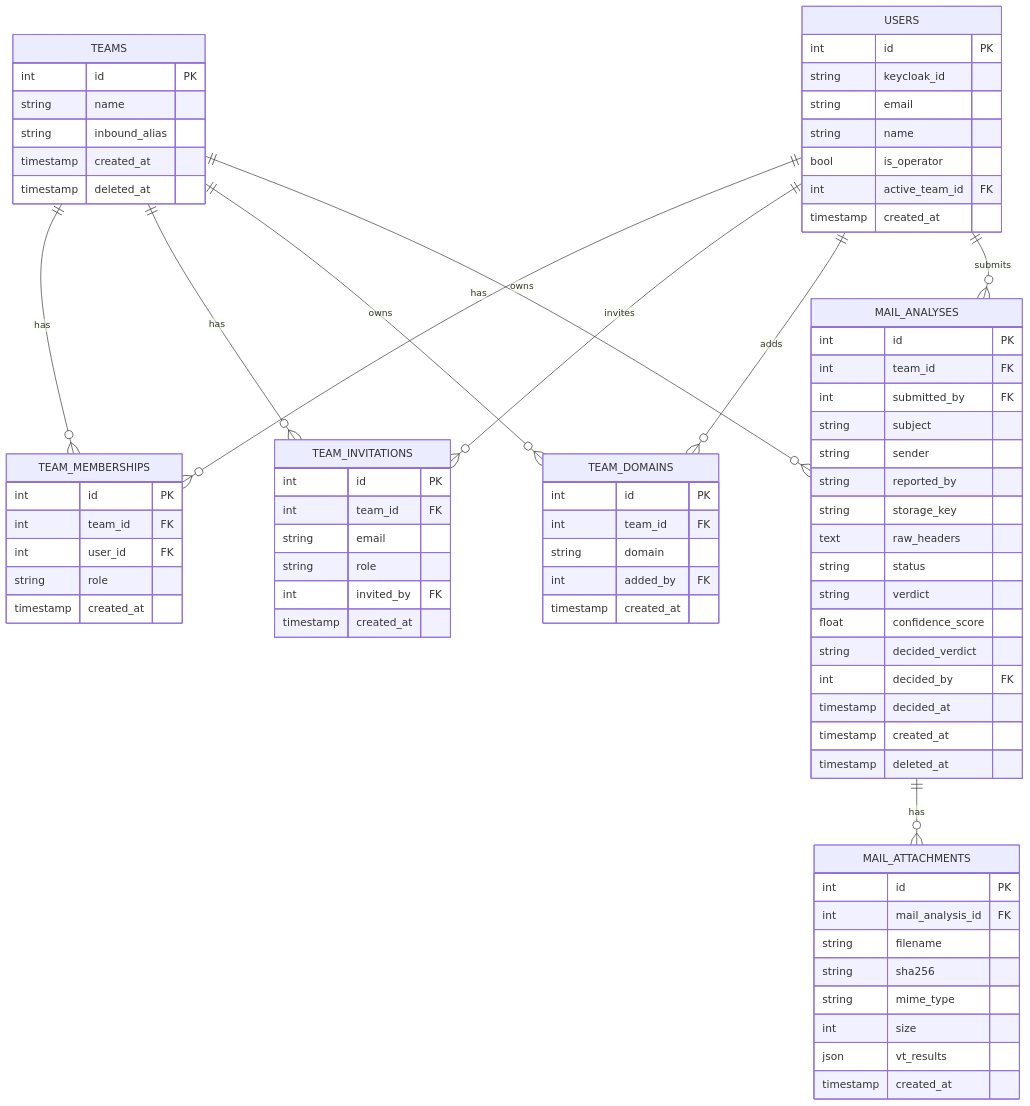
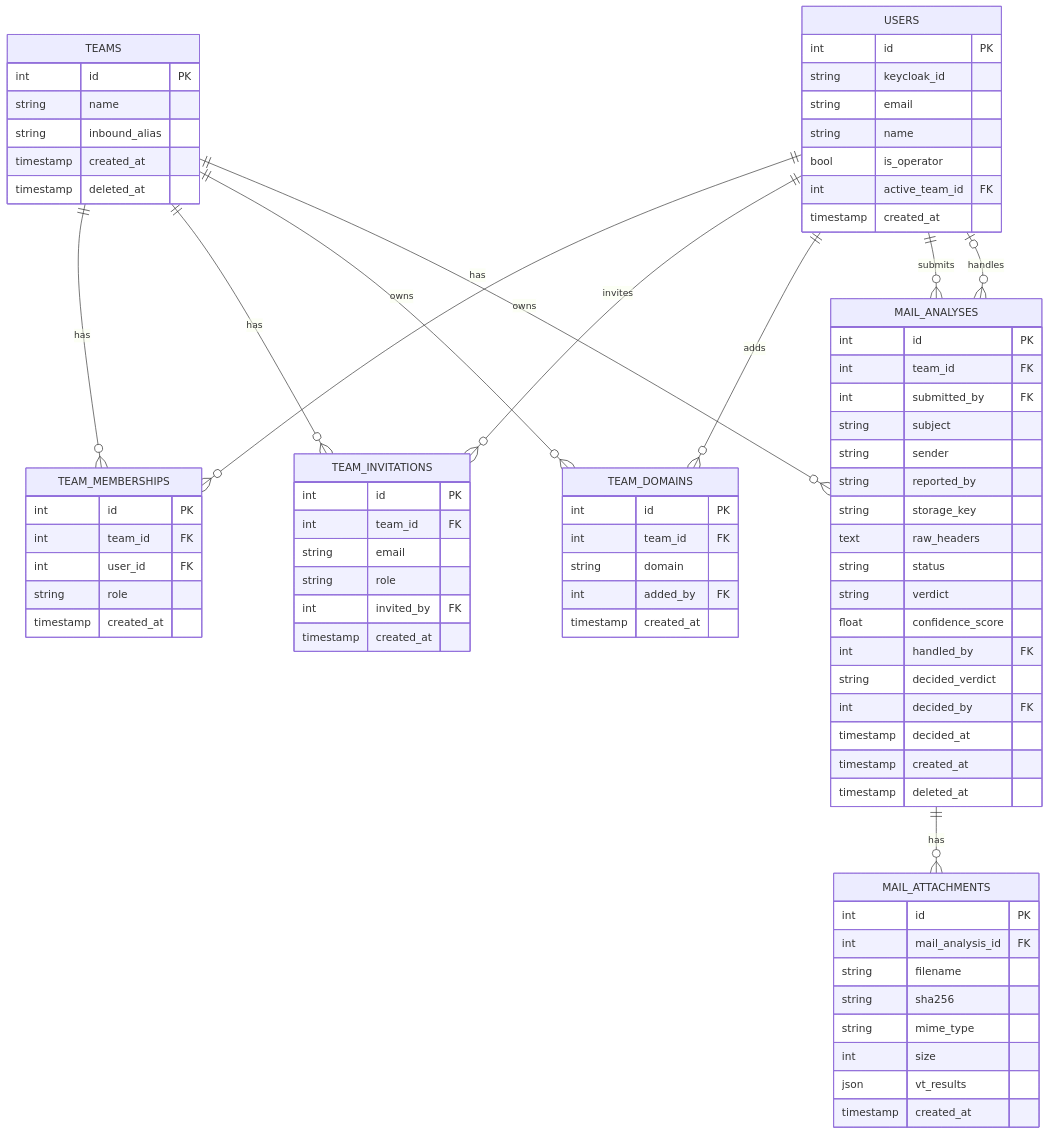
Before and after one commit to teamphive/phisheye: the diagram in docs/data-model.md, drawn with Mermaid. The commit also changed other lines of this file and 6 other files, not shown here.

````diff
--- a/docs/data-model.md
+++ b/docs/data-model.md
@@ -132,79 +133,81 @@
 ```mermaid
 erDiagram
   USERS ||--o{ TEAM_MEMBERSHIPS : has
   TEAMS ||--o{ TEAM_MEMBERSHIPS : has
   TEAMS ||--o{ TEAM_INVITATIONS : has
   USERS ||--o{ TEAM_INVITATIONS : invites
   TEAMS ||--o{ TEAM_DOMAINS : owns
   USERS ||--o{ TEAM_DOMAINS : adds
   TEAMS ||--o{ MAIL_ANALYSES : owns
   USERS ||--o{ MAIL_ANALYSES : submits
+  USERS |o--o{ MAIL_ANALYSES : handles
   MAIL_ANALYSES ||--o{ MAIL_ATTACHMENTS : has
 
   USERS {
     int id PK
     string keycloak_id
     string email
     string name
     bool is_operator
     int active_team_id FK
     timestamp created_at
   }
   TEAMS {
     int id PK
     string name
     string inbound_alias
     timestamp created_at
     timestamp deleted_at
   }
   TEAM_MEMBERSHIPS {
     int id PK
     int team_id FK
     int user_id FK
     string role
     timestamp created_at
   }
   TEAM_INVITATIONS {
     int id PK
     int team_id FK
     string email
     string role
     int invited_by FK
     timestamp created_at
   }
   TEAM_DOMAINS {
     int id PK
     int team_id FK
     string domain
     int added_by FK
     timestamp created_at
   }
   MAIL_ANALYSES {
     int id PK
     int team_id FK
     int submitted_by FK
     string subject
     string sender
     string reported_by
     string storage_key
     text raw_headers
     string status
     string verdict
     float confidence_score
+    int handled_by FK
     string decided_verdict
     int decided_by FK
     timestamp decided_at
     timestamp created_at
     timestamp deleted_at
   }
   MAIL_ATTACHMENTS {
     int id PK
     int mail_analysis_id FK
     string filename
     string sha256
     string mime_type
     int size
     json vt_results
     timestamp created_at
   }
 ```
````
